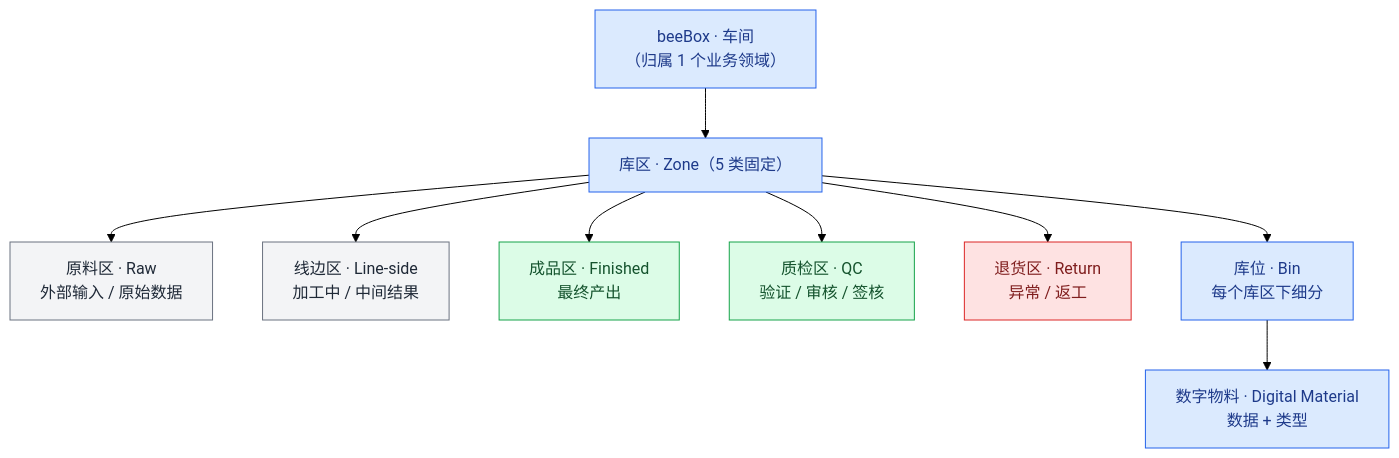
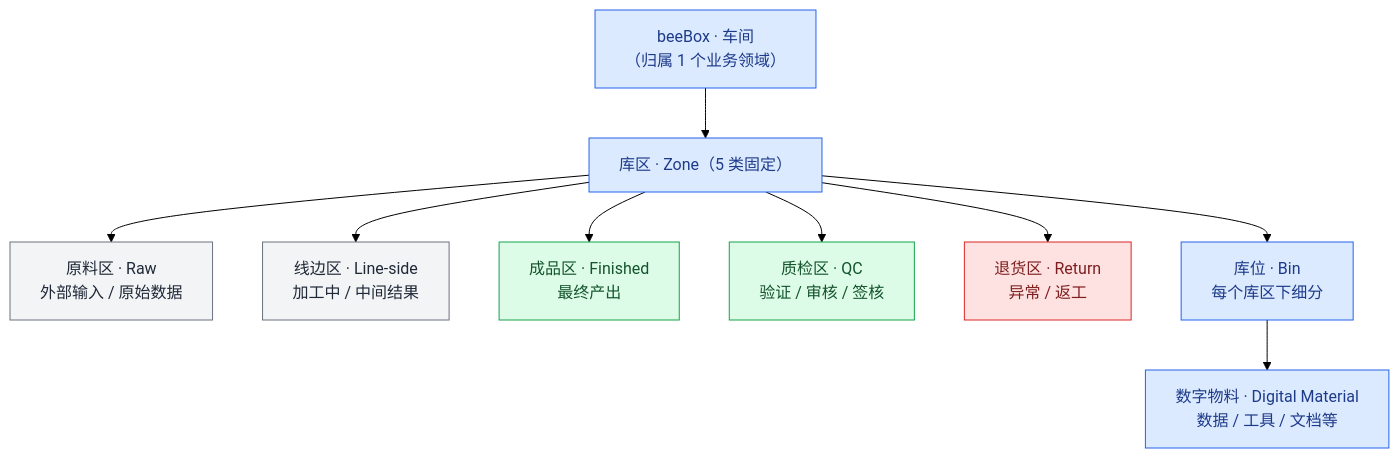
The third of 4 diagrams in docs/architecture/kernel-design.md (chehuizi/beeOS), drawn with Mermaid (forest theme) before and after one commit.

Commit message:
docs: 数字物料定义扩展——不限于数据，工具/文档/资产也算
之前定义'数据 + 类型'太窄（WMS 视角），
反问'工具不也是物料吗'——是，数字世界的物料应该更广义。

修订：
- §4 树形图 materials 节点：'数据 + 类型' → '数据 / 工具 / 文档等'

数字物料 = 库位上放的被动数字资源（passive resource）：
- 数据（记录/表）
- 工具（adapter/function）
- 文档（PDF/报告）
- 资产（机器/设备）

bee（智能体）不是数字物料——bee 是主动执行者（active agent），
放在 beeBox 内部，不在库位上。

````diff
--- a/docs/architecture/kernel-design.md
+++ b/docs/architecture/kernel-design.md
@@ -168,30 +168,30 @@
 ```mermaid
 graph TB
     beeBox["beeBox · 车间<br/>（归属 1 个业务领域）"]
     zones["库区 · Zone（5 类固定）"]
     raw["原料区 · Raw<br/>外部输入 / 原始数据"]
     line["线边区 · Line-side<br/>加工中 / 中间结果"]
     finished["成品区 · Finished<br/>最终产出"]
     qc["质检区 · QC<br/>验证 / 审核 / 签核"]
     return["退货区 · Return<br/>异常 / 返工"]
     bins["库位 · Bin<br/>每个库区下细分"]
-    materials["数字物料 · Digital Material<br/>数据 + 类型"]
+    materials["数字物料 · Digital Material<br/>数据 / 工具 / 文档等"]
 
     beeBox --> zones
     zones --> raw
     zones --> line
     zones --> finished
     zones --> qc
     zones --> return
     zones --> bins
     bins --> materials
 
     classDef box fill:#dbeafe,stroke:#2563eb,color:#1e3a8a
     classDef ok fill:#dcfce7,stroke:#16a34a,color:#14532d
     classDef bad fill:#fee2e2,stroke:#dc2626,color:#7f1d1d
     classDef neutral fill:#f3f4f6,stroke:#6b7280,color:#1f2937
     class beeBox,zones,bins,materials box
     class raw,line neutral
     class finished,qc ok
     class return bad
 ```
````
